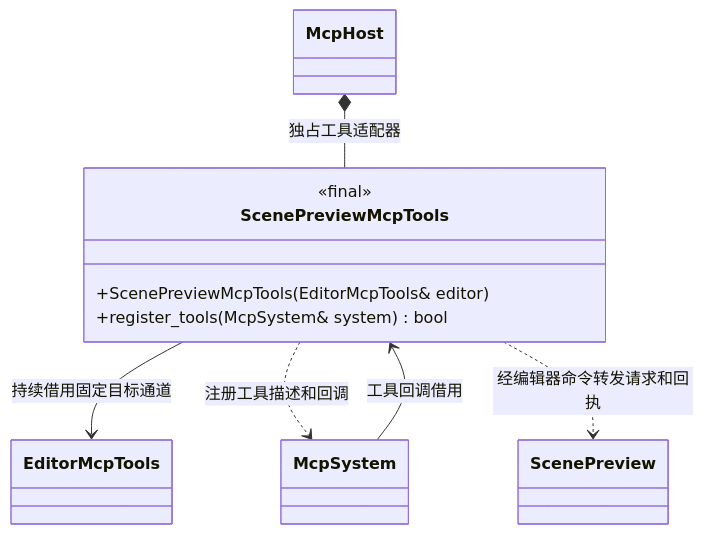
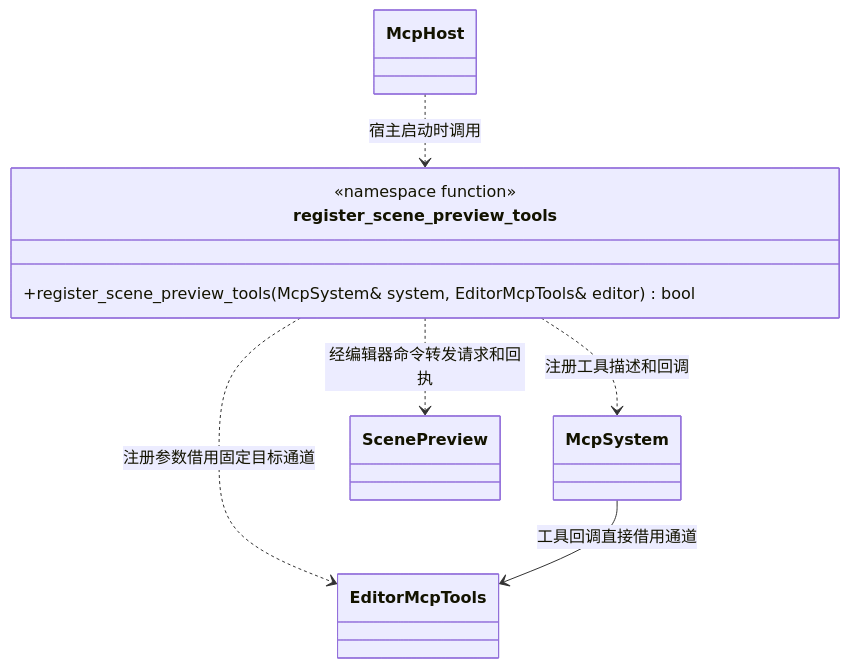
One commit to lcals/Engine changed the diagram in docs/plugins/editor/class-diagrams/scene-preview-mcp-tools.md. Above: the diagram before and after it, drawn with Mermaid. The commit also changed other lines of this file and 195 other files, not shown here.

````diff
--- a/docs/plugins/editor/class-diagrams/scene-preview-mcp-tools.md
+++ b/docs/plugins/editor/class-diagrams/scene-preview-mcp-tools.md
@@ -5,17 +5,16 @@
 ```mermaid
 classDiagram
-    class ScenePreviewMcpTools {
-        <<final>>
-        +ScenePreviewMcpTools(EditorMcpTools& editor)
-        +register_tools(McpSystem& system) bool
+    class register_scene_preview_tools {
+        <<namespace function>>
+        +register_scene_preview_tools(McpSystem& system, EditorMcpTools& editor) bool
     }
     class EditorMcpTools
     class McpSystem
     class ScenePreview
     class McpHost
-    McpHost *-- ScenePreviewMcpTools : 独占工具适配器
-    ScenePreviewMcpTools --> EditorMcpTools : 持续借用固定目标通道
-    ScenePreviewMcpTools ..> McpSystem : 注册工具描述和回调
-    McpSystem --> ScenePreviewMcpTools : 工具回调借用
-    ScenePreviewMcpTools ..> ScenePreview : 经编辑器命令转发请求和回执
+    McpHost ..> register_scene_preview_tools : 宿主启动时调用
+    register_scene_preview_tools ..> EditorMcpTools : 注册参数借用固定目标通道
+    register_scene_preview_tools ..> McpSystem : 注册工具描述和回调
+    McpSystem --> EditorMcpTools : 工具回调直接借用通道
+    register_scene_preview_tools ..> ScenePreview : 经编辑器命令转发请求和回执
 ```
````
